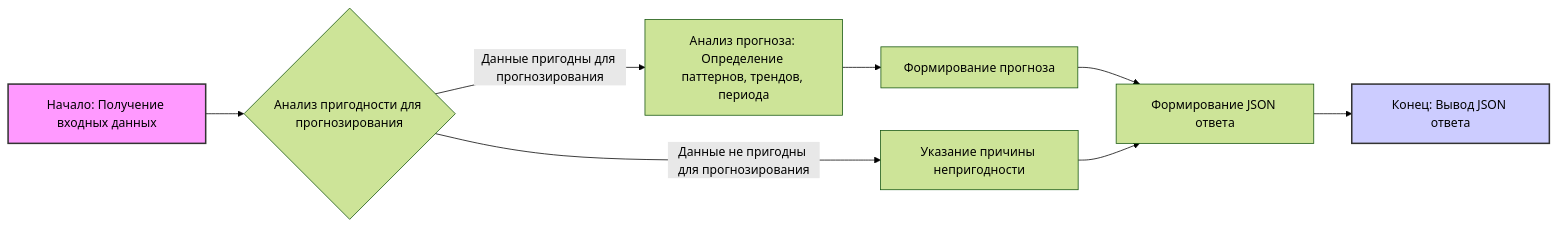
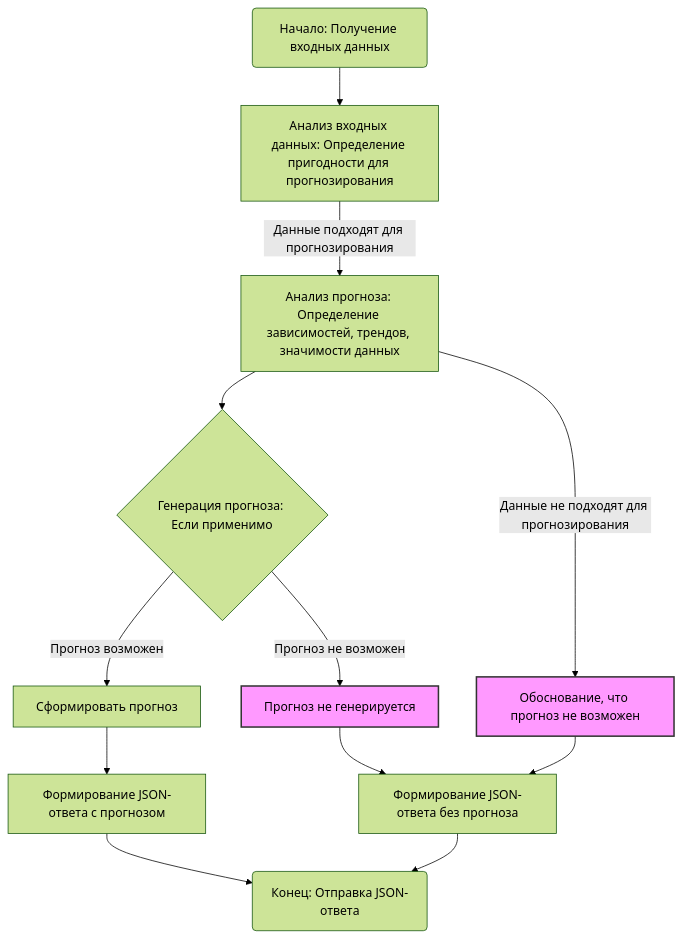
Before and after one commit to hypo69/hypo: the diagram in docs/gemini/ru/explainer/src/endpoints/bookmaker/instructions/bookmaker_system_prompt.md.md, drawn with Mermaid (forest theme). The commit also changed other lines of this file and 6031 other files, not shown here.

````diff
--- a/docs/gemini/ru/explainer/src/endpoints/bookmaker/instructions/bookmaker_system_prompt.md.md
+++ b/docs/gemini/ru/explainer/src/endpoints/bookmaker/instructions/bookmaker_system_prompt.md.md
@@ -49,14 +73,17 @@
 ```mermaid
-graph LR
-    A[Начало: Получение входных данных] --> B{Анализ пригодности для прогнозирования};
-    B -- Данные пригодны для прогнозирования --> C[Анализ прогноза: Определение паттернов, трендов, периода];
-    C --> D[Формирование прогноза];
-    D --> F[Формирование JSON ответа];
-    B -- Данные не пригодны для прогнозирования --> E[Указание причины непригодности];
-    E --> F;
-    F --> G[Конец: Вывод JSON ответа];
-    
-    style A fill:#f9f,stroke:#333,stroke-width:2px
-    style G fill:#ccf,stroke:#333,stroke-width:2px
-    
+flowchart TD
+    Start(Начало: Получение входных данных) --> AnalyzeData[Анализ входных данных: Определение пригодности для прогнозирования]
+    AnalyzeData -- Данные подходят для прогнозирования --> ForecastAnalysis[Анализ прогноза: Определение зависимостей, трендов, значимости данных]
+    ForecastAnalysis --> GenerateForecast{Генерация прогноза: Если применимо}
+    GenerateForecast -- Прогноз возможен --> ForecastGenerated[Сформировать прогноз]
+     ForecastAnalysis -- Данные не подходят для прогнозирования -->  NotForecastable[Обоснование, что прогноз не возможен]
+    GenerateForecast -- Прогноз не возможен --> NoForecast[Прогноз не генерируется]
+    ForecastGenerated --> FormatResponse[Формирование JSON-ответа с прогнозом]
+     NotForecastable --> FormatResponseNoForecast[Формирование JSON-ответа без прогноза]
+     NoForecast --> FormatResponseNoForecast
+     FormatResponse --> End(Конец: Отправка JSON-ответа)
+     FormatResponseNoForecast --> End
+
+    classDef notForecastable fill:#f9f,stroke:#333,stroke-width:2px
+    class NotForecastable,NoForecast notForecastable
 ```
````
